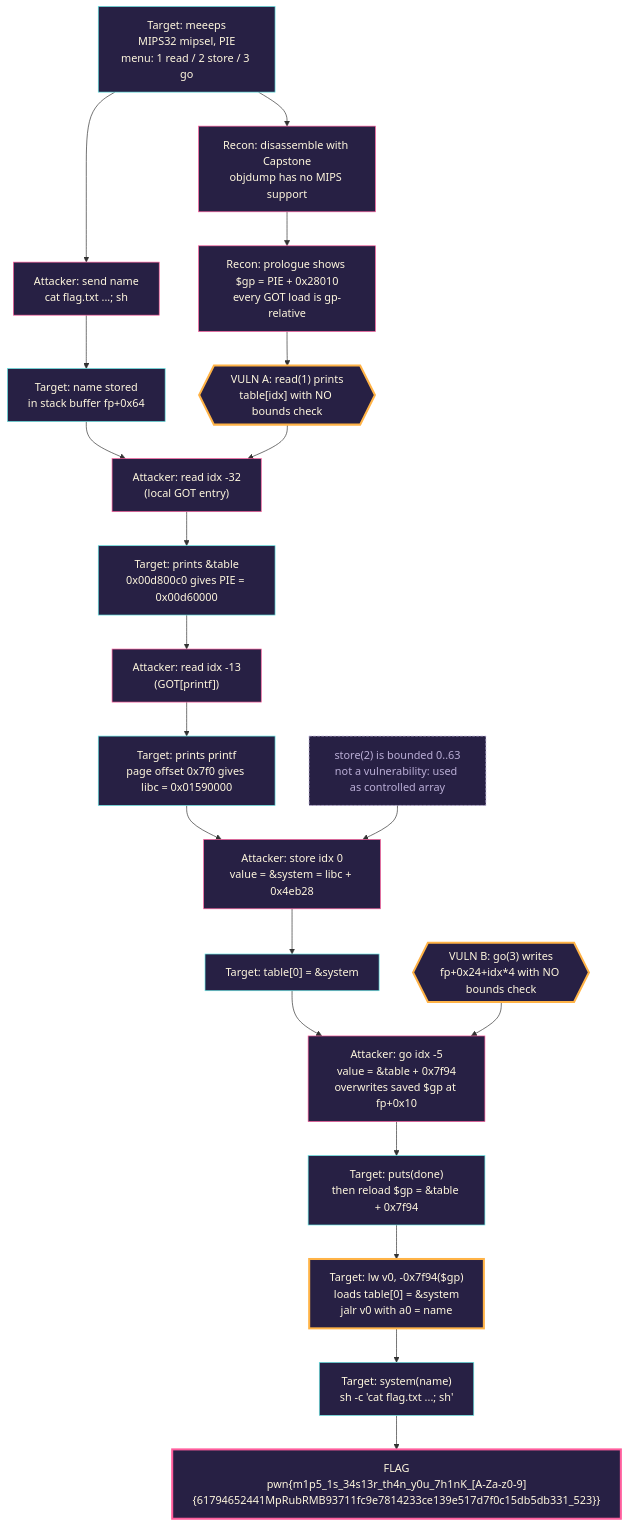
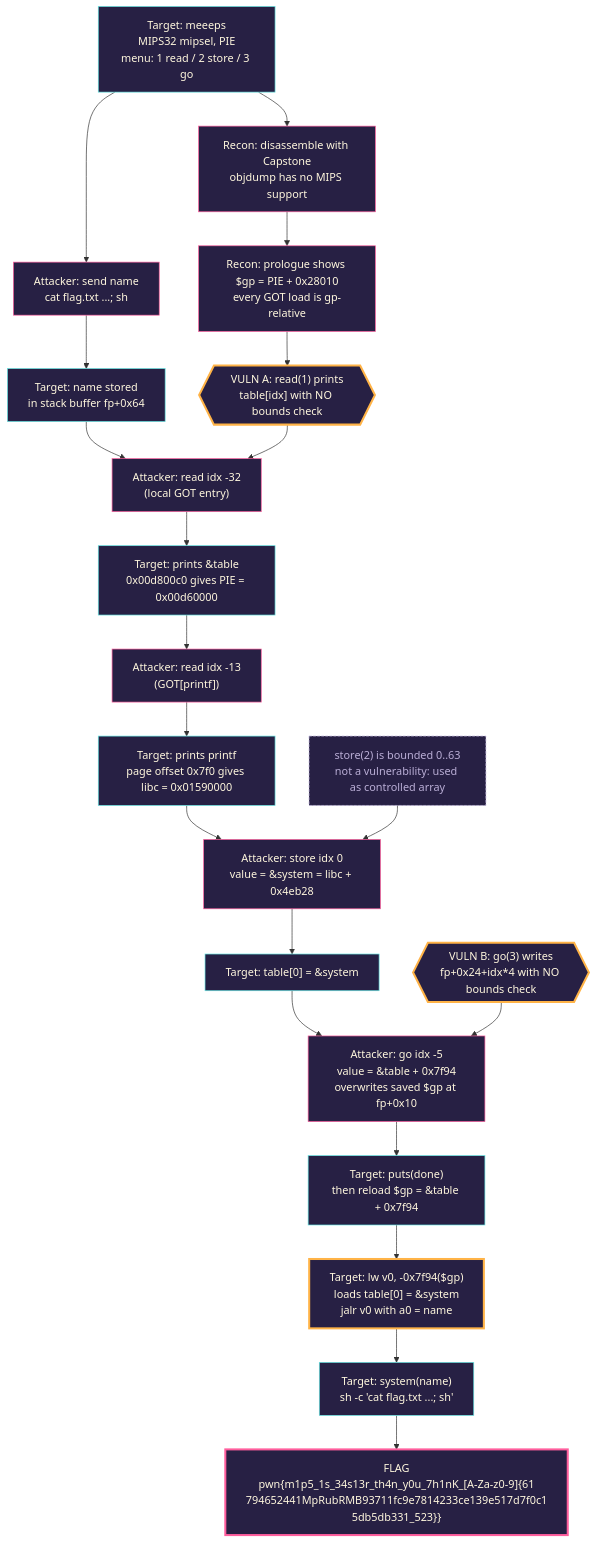
Before and after one commit to Radiant-Blaze/radiant-blaze.github.io: the diagram in content/ctfs/Digital-Pakistan-Red-Team-CTF/meeeps.md, drawn with Mermaid. The commit also changed 27 other files, not shown here.

````diff
--- a/content/ctfs/Digital-Pakistan-Red-Team-CTF/meeeps.md
+++ b/content/ctfs/Digital-Pakistan-Red-Team-CTF/meeeps.md
@@ -38,56 +38,56 @@
 ```mermaid
 flowchart TD
     %% ---------- Target ----------
     T0["Target: meeeps<br/>MIPS32 mipsel, PIE<br/>menu: 1 read / 2 store / 3 go"]:::target
     T1["Attacker: send name<br/>cat flag.txt ...; sh"]:::attacker
     T2["Target: name stored<br/>in stack buffer fp+0x64"]:::target
 
     %% ---------- Reconnaissance ----------
     R1["Recon: disassemble with Capstone<br/>objdump has no MIPS support"]:::attacker
     R2["Recon: prologue shows $gp = PIE + 0x28010<br/>every GOT load is gp-relative"]:::attacker
 
     %% ---------- Vulnerabilities ----------
     V1{{"VULN A: read(1) prints<br/>table[idx] with NO bounds check"}}:::vuln
     V2{{"VULN B: go(3) writes<br/>fp+0x24+idx*4 with NO bounds check"}}:::vuln
     V3["store(2) is bounded 0..63<br/>not a vulnerability: used as controlled array"]:::note
 
     %% ---------- Step 1: PIE leak ----------
     S1["Attacker: read idx -32<br/>(local GOT entry)"]:::attacker
     S1r["Target: prints &table<br/>0x00d800c0 gives PIE = 0x00d60000"]:::target
 
     %% ---------- Step 2: libc leak ----------
     S2["Attacker: read idx -13<br/>(GOT[printf])"]:::attacker
     S2r["Target: prints printf<br/>page offset 0x7f0 gives libc = 0x01590000"]:::target
 
     %% ---------- Step 3: plant pointer ----------
     S3["Attacker: store idx 0<br/>value = &system = libc + 0x4eb28"]:::attacker
     S3r["Target: table[0] = &system"]:::target
 
     %% ---------- Step 4: gp slide ----------
     S4["Attacker: go idx -5<br/>value = &table + 0x7f94<br/>overwrites saved $gp at fp+0x10"]:::attacker
     S4r["Target: puts(done)<br/>then reload $gp = &table + 0x7f94"]:::target
     S4c["Target: lw v0, -0x7f94($gp)<br/>loads table[0] = &system<br/>jalr v0 with a0 = name"]:::vuln
 
     %% ---------- Result ----------
     S5["Target: system(name)<br/>sh -c 'cat flag.txt ...; sh'"]:::target
-    F["FLAG<br/>pwn{m1p5_1s_34s13r_th4n_y0u_7h1nK_[A-Za-z0-9]{61794652441MpRubRMB93711fc9e7814233ce139e517d7f0c15db5db331_523}}"]:::flag
+    F["FLAG<br/>pwn{m1p5_1s_34s13r_th4n_y0u_7h1nK_[A-Za-z0-9]{61<br/>794652441MpRubRMB93711fc9e7814233ce139e517d7f0c1<br/>5db5db331_523}}"]:::flag
 
     %% ---------- Edges ----------
     T0 --> R1 --> R2 --> V1
     T0 --> T1 --> T2
     T2 --> S1
     V1 --> S1
     S1 --> S1r --> S2
     S2 --> S2r --> S3
     V3 --> S3
     S3 --> S3r --> S4
     V2 --> S4
     S4 --> S4r --> S4c --> S5 --> F
 
     %% ---------- Roles ----------
     classDef target fill:#272044,stroke:#65e7e3,color:#fff7de
     classDef attacker fill:#272044,stroke:#ff5e9d,color:#fff7de
     classDef vuln fill:#272044,stroke:#ffb347,stroke-width:3px,color:#fff7de
     classDef note fill:#272044,stroke:#baaed6,stroke-dasharray:4 2,color:#baaed6
     classDef flag fill:#272044,stroke:#ff5e9d,stroke-width:3px,color:#fff7de
 ```
````
